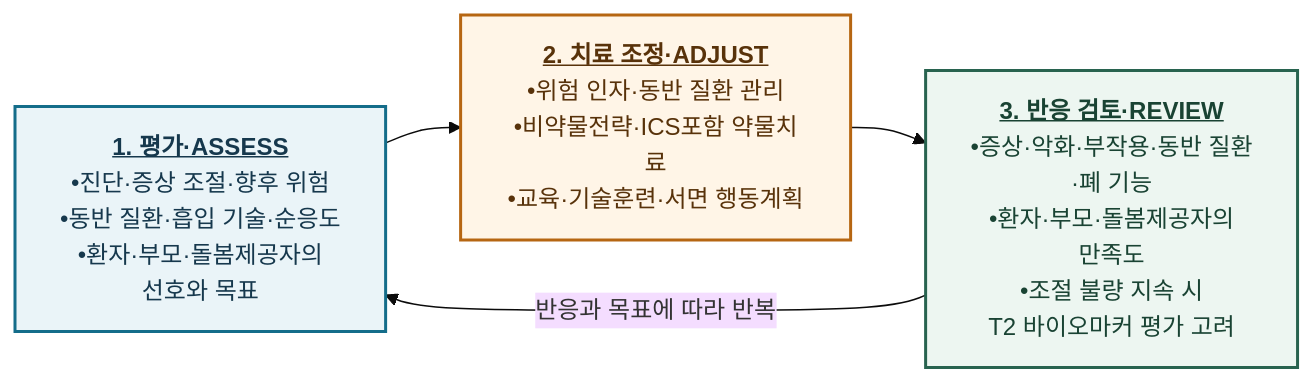
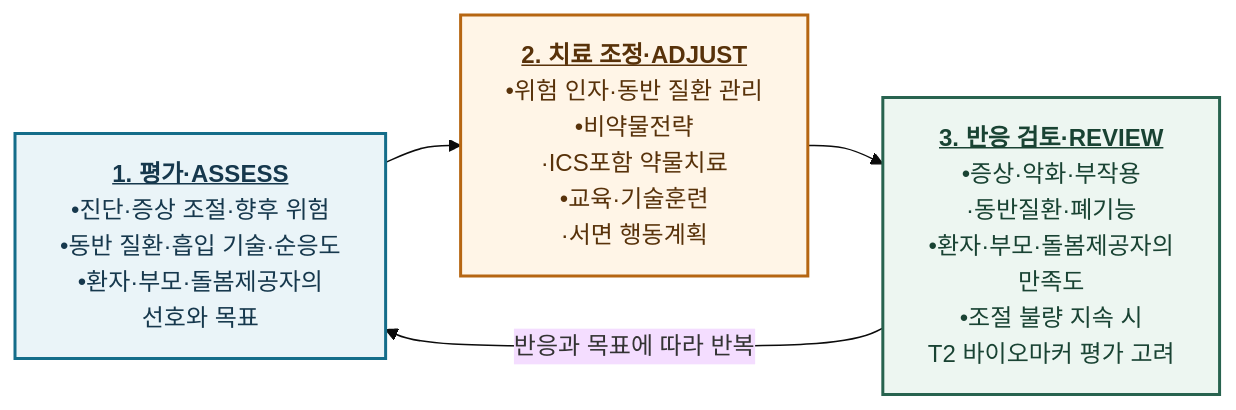
One commit to familyoh77/familyoh77 changed the second of 4 diagrams in 223_/071_-asthma.md. Above: the diagram before and after it, drawn with Mermaid (base theme). The commit also changed other lines of this file, not shown here.

````diff
--- a/223_/071_-asthma.md
+++ b/223_/071_-asthma.md
@@ -428,24 +428,24 @@
 ```mermaid
 flowchart LR
     Assess["`<b><u>1. 평가·ASSESS</u></b>
 •진단·증상 조절·향후 위험
 •동반 질환·흡입 기술·순응도
 •환자·부모·돌봄제공자의 <br/>선호와 목표`"]
     Adjust["`<b><u>2. 치료 조정·ADJUST</u></b>
 •위험 인자·동반 질환 관리
-•비약물전략·ICS포함 약물치료
-•교육·기술훈련·서면 행동계획`"]
+•비약물전략<br/>·ICS포함 약물치료
+•교육·기술훈련<br/>·서면 행동계획`"]
     Review["`<b><u>3. 반응 검토·REVIEW</u></b>
-•증상·악화·부작용·동반 질환<br/>·폐 기능
+•증상·악화·부작용<br/>·동반질환·폐기능
 •환자·부모·돌봄제공자의 <br/>만족도
 •조절 불량 지속 시 <br/>T2 바이오마커 평가 고려`"]
     Assess --> Adjust
     Adjust --> Review
     Review -->|반응과 목표에 따라 반복| Assess
     classDef assess fill:#eaf4f8,stroke:#146d8a,color:#16384d,stroke-width:2px
     classDef adjust fill:#fff5e7,stroke:#b66612,color:#58320a,stroke-width:2px
     classDef review fill:#edf6f1,stroke:#28634f,color:#194333,stroke-width:2px
     class Assess assess
     class Adjust adjust
     class Review review
 ```
````
